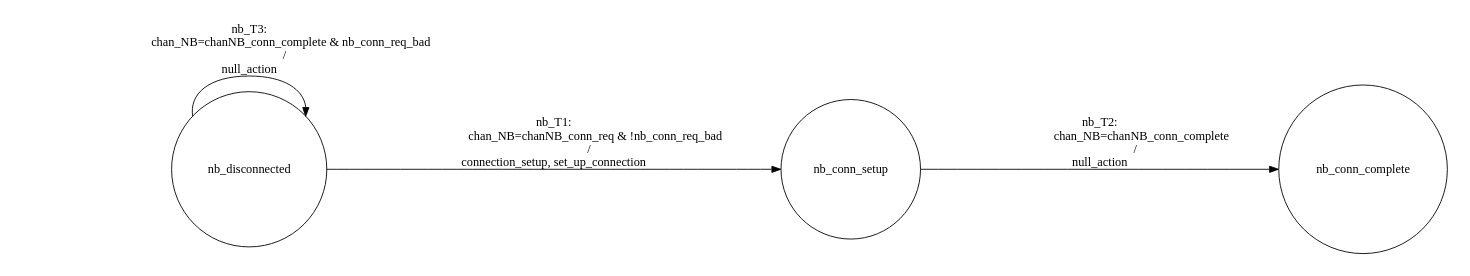
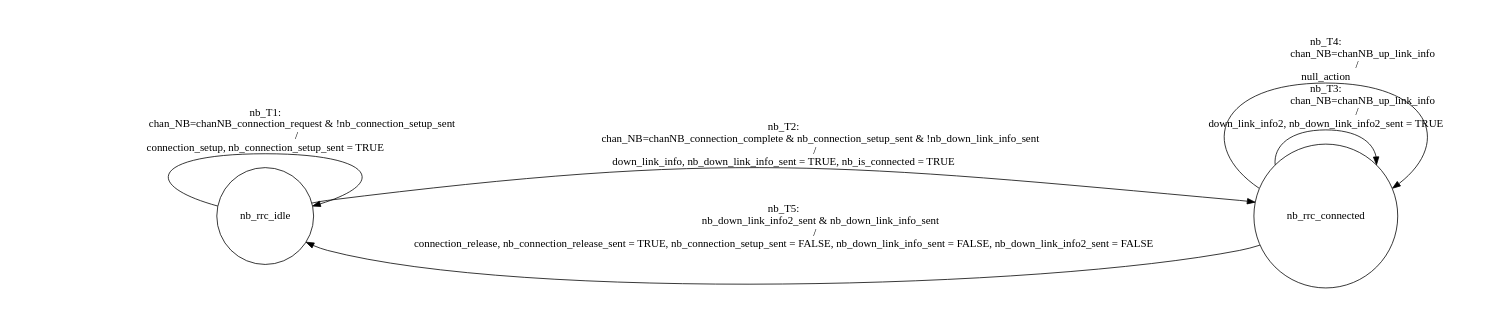
The diagram in NB.dot (alexkgrimes/RRCInspector), drawn with Graphviz before and after one commit. The commit also changed 8 other files, not shown here.

```diff
--- a/NB.dot
+++ b/NB.dot
@@ -1,19 +1,26 @@
 digraph NB{
 rankdir = LR;
 size = "8,5"
-node [shape = circle, label="nb_disconnected"]nb_disconnected;
-node [shape = circle, label="nb_conn_setup"]nb_conn_setup;
-node [shape = circle, label="nb_conn_complete"]nb_conn_complete;
-nb_disconnected -> nb_conn_setup [label = "nb_T1: 
-                            chan_NB=chanNB_conn_req & !nb_conn_req_bad
+node [shape = circle, label="nb_rrc_idle"]nb_rrc_idle;
+node [shape = circle, label="nb_rrc_connected"]nb_rrc_connected;
+nb_rrc_idle -> nb_rrc_idle [label = "nb_T1: 
+                            chan_NB=chanNB_connection_request & !nb_connection_setup_sent 
                         /
-connection_setup, set_up_connection"]
-nb_conn_setup -> nb_conn_complete [label = "nb_T2: 
-                            chan_NB=chanNB_conn_complete
+connection_setup, nb_connection_setup_sent = TRUE"]
+nb_rrc_idle -> nb_rrc_connected [label = "nb_T2: 
+                            chan_NB=chanNB_connection_complete & nb_connection_setup_sent & !nb_down_link_info_sent
+                        /
+down_link_info, nb_down_link_info_sent = TRUE, nb_is_connected = TRUE"]
+nb_rrc_connected -> nb_rrc_connected [label = "nb_T3: 
+                            chan_NB=chanNB_up_link_info 
+                        /
+down_link_info2, nb_down_link_info2_sent = TRUE"]
+nb_rrc_connected -> nb_rrc_connected [label = "nb_T4: 
+                            chan_NB=chanNB_up_link_info 
                         /
 null_action"]
-nb_disconnected -> nb_disconnected [label = "nb_T3: 
-                            chan_NB=chanNB_conn_complete & nb_conn_req_bad
+nb_rrc_connected -> nb_rrc_idle [label = "nb_T5: 
+                            nb_down_link_info2_sent & nb_down_link_info_sent
                         /
-null_action"]
+connection_release, nb_connection_release_sent = TRUE, nb_connection_setup_sent = FALSE, nb_down_link_info_sent = FALSE, nb_down_link_info2_sent = FALSE"]
 }
```
